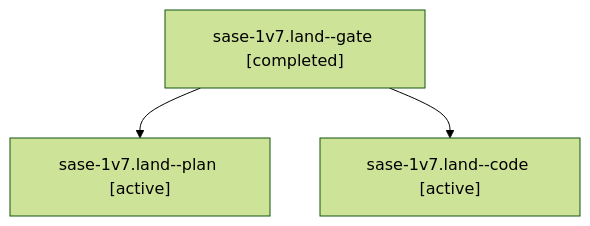
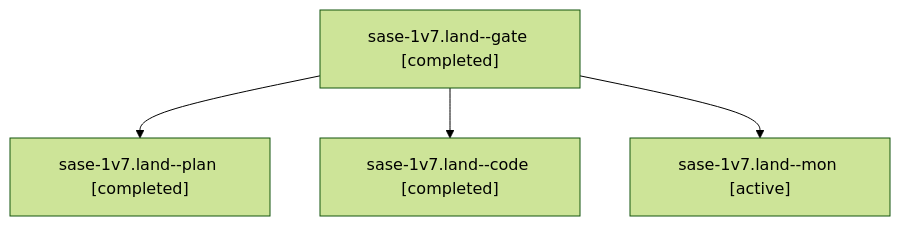
One commit to sase-org/sase--agents changed the diagram in sessions/bbugyi200.athena.sase-1v7.land.md. Above: the diagram before and after it, drawn with Mermaid (forest theme). The commit also changed other lines of this file and 25 other files, not shown here.

````diff
--- a/sessions/bbugyi200.athena.sase-1v7.land.md
+++ b/sessions/bbugyi200.athena.sase-1v7.land.md
@@ -9,8 +9,10 @@
 ```mermaid
 flowchart TD
   n0["sase-1v7.land--gate [completed]"]
-  n1["sase-1v7.land--plan [active]"]
+  n1["sase-1v7.land--plan [completed]"]
   n0 --> n1
-  n2["sase-1v7.land--code [active]"]
+  n2["sase-1v7.land--code [completed]"]
   n0 --> n2
+  n3["sase-1v7.land--mon [active]"]
+  n0 --> n3
 ```
````
